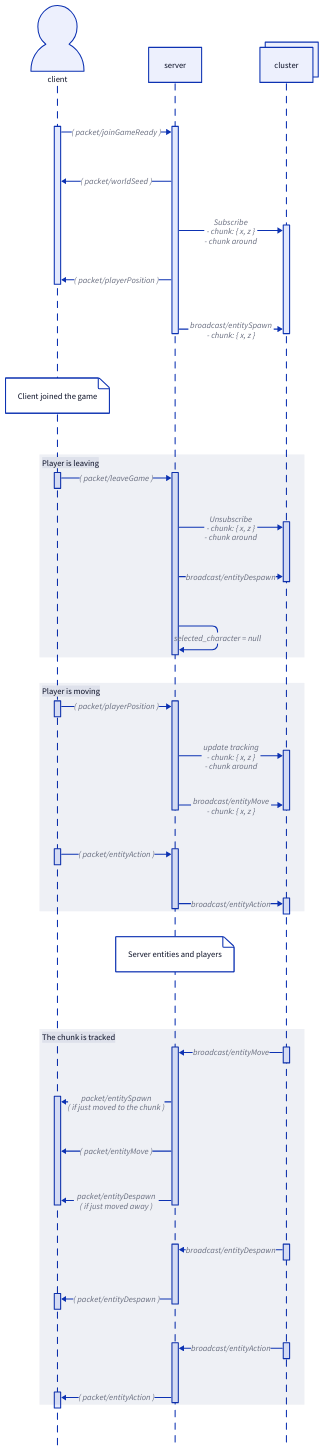
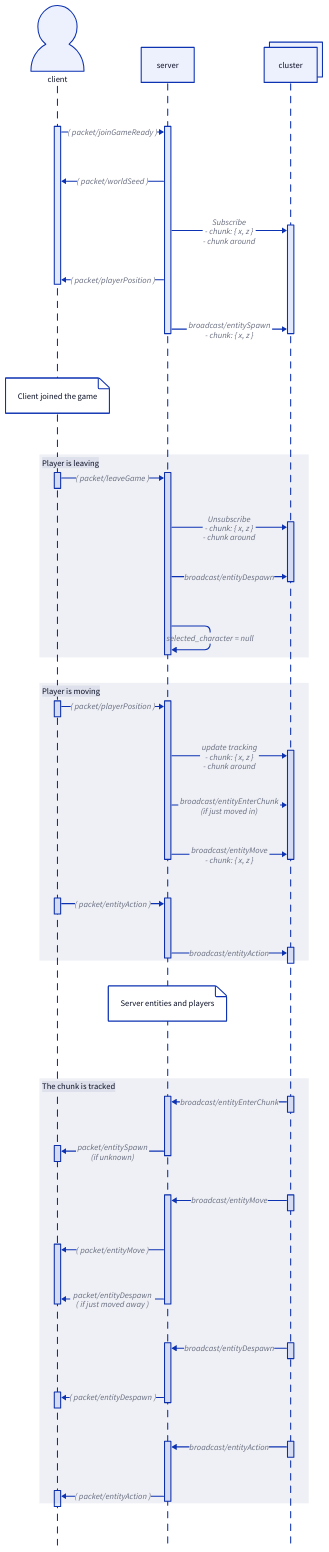
The diagram in game_protocol.d2 (aresrpg/aresrpg-protocol), drawn with D2 before and after one commit. The commit also changed 4 other files, not shown here.

```diff
--- a/game_protocol.d2
+++ b/game_protocol.d2
@@ -1,60 +1,63 @@
 shape: sequence_diagram
 client; server; cluster
 
 client.shape: person
 cluster.style.multiple: true
 
 client.t -> server.t: ( packet/joinGameReady )
 server.t -> client.t: ( packet/worldSeed )
 server.t -> cluster.t: |md Subscribe
 - chunk: { x, z }
 - chunk around
 |
 server.t -> client.t: ( packet/playerPosition )
 server.t -> cluster.t: |md broadcast/entitySpawn
 - chunk: { x, z }
 |
 
 client."Client joined the game"
 
 Player is leaving: {
   client.t0 -> server.t0: ( packet/leaveGame )
   server.t0 -> cluster.t0: |md Unsubscribe
   - chunk: { x, z }
   - chunk around
   |
   server.t0 -> cluster.t0: |md broadcast/entityDespawn |
   server.t0 -> server.t0: selected_character = null
 }
 
 Player is moving: {
   client.t2 -> server.t2: ( packet/playerPosition )
   server.t2 -> cluster.t2: |md update tracking
   - chunk: { x, z }
   - chunk around
   |
+  server.t2 -> cluster.t2: |md broadcast/entityEnterChunk
+  (if just moved in)
+  |
   server.t2 -> cluster.t2: |md broadcast/entityMove
   - chunk: { x, z }
   |
 
   client.t3 -> server.t3: ( packet/entityAction )
   server.t3 -> cluster.t3: |md broadcast/entityAction |
 }
 
 server."Server entities and players"
 
 The chunk is tracked: {
-  cluster.t4 -> server.t4: |md broadcast/entityMove |
+  cluster.t4 -> server.t4: |md broadcast/entityEnterChunk |
   server.t4 -> client.t4: |md packet/entitySpawn
-( if just moved to the chunk )
-  |
-  server.t4 -> client.t4: ( packet/entityMove )
-  server.t4 -> client.t4: |md packet/entityDespawn
+  (if unknown) |
+  cluster.t5 -> server.t5: |md broadcast/entityMove |
+  server.t5 -> client.t5: ( packet/entityMove )
+  server.t5 -> client.t5: |md packet/entityDespawn
 ( if just moved away )
   |
-  cluster.t5 -> server.t5: |md broadcast/entityDespawn |
-  server.t5 -> client.t5: ( packet/entityDespawn )
+  cluster.t6 -> server.t6: |md broadcast/entityDespawn |
+  server.t6 -> client.t6: ( packet/entityDespawn )
 
-  cluster.t6 -> server.t6: |md broadcast/entityAction |
-  server.t6 -> client.t6: ( packet/entityAction )
+  cluster.t7 -> server.t7: |md broadcast/entityAction |
+  server.t7 -> client.t7: ( packet/entityAction )
 }
```
